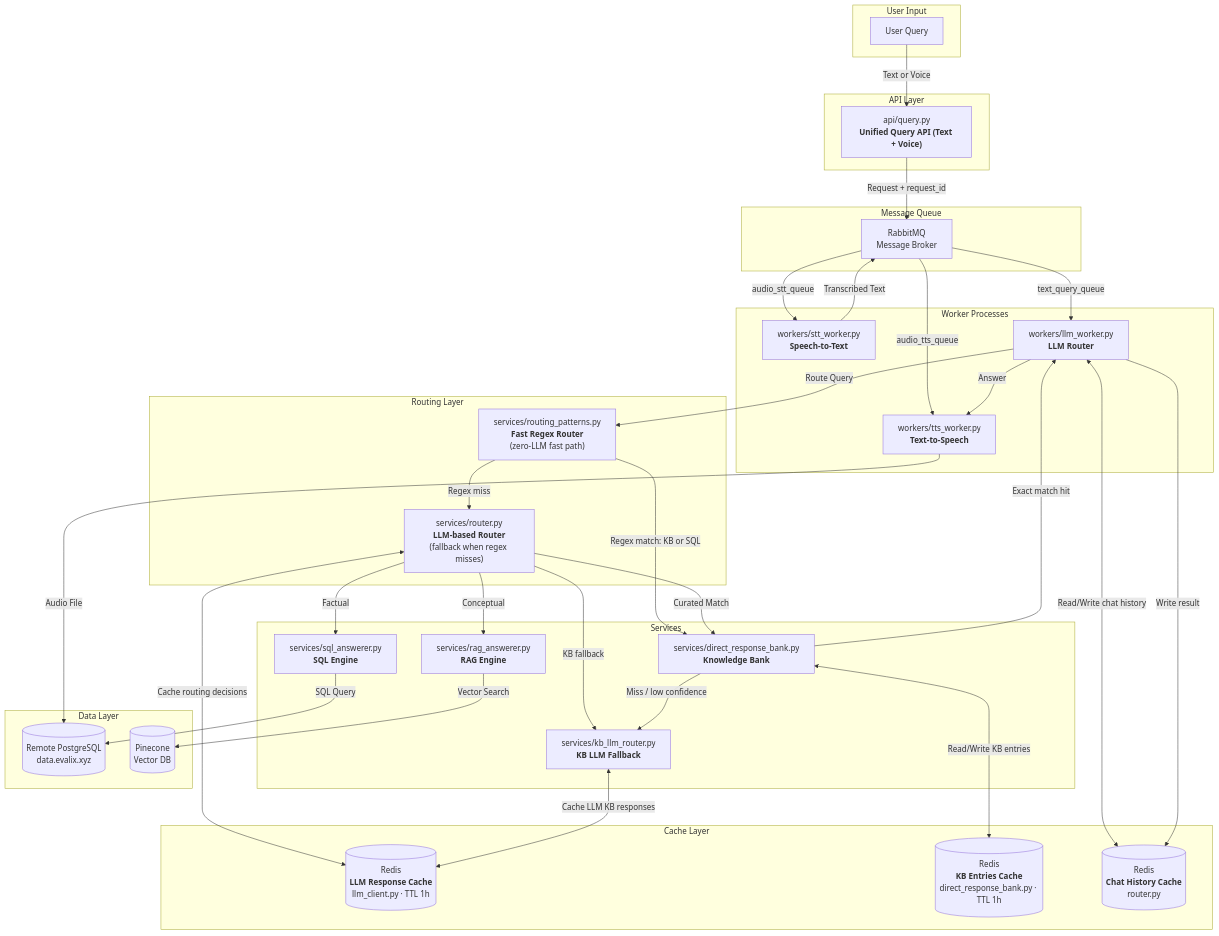
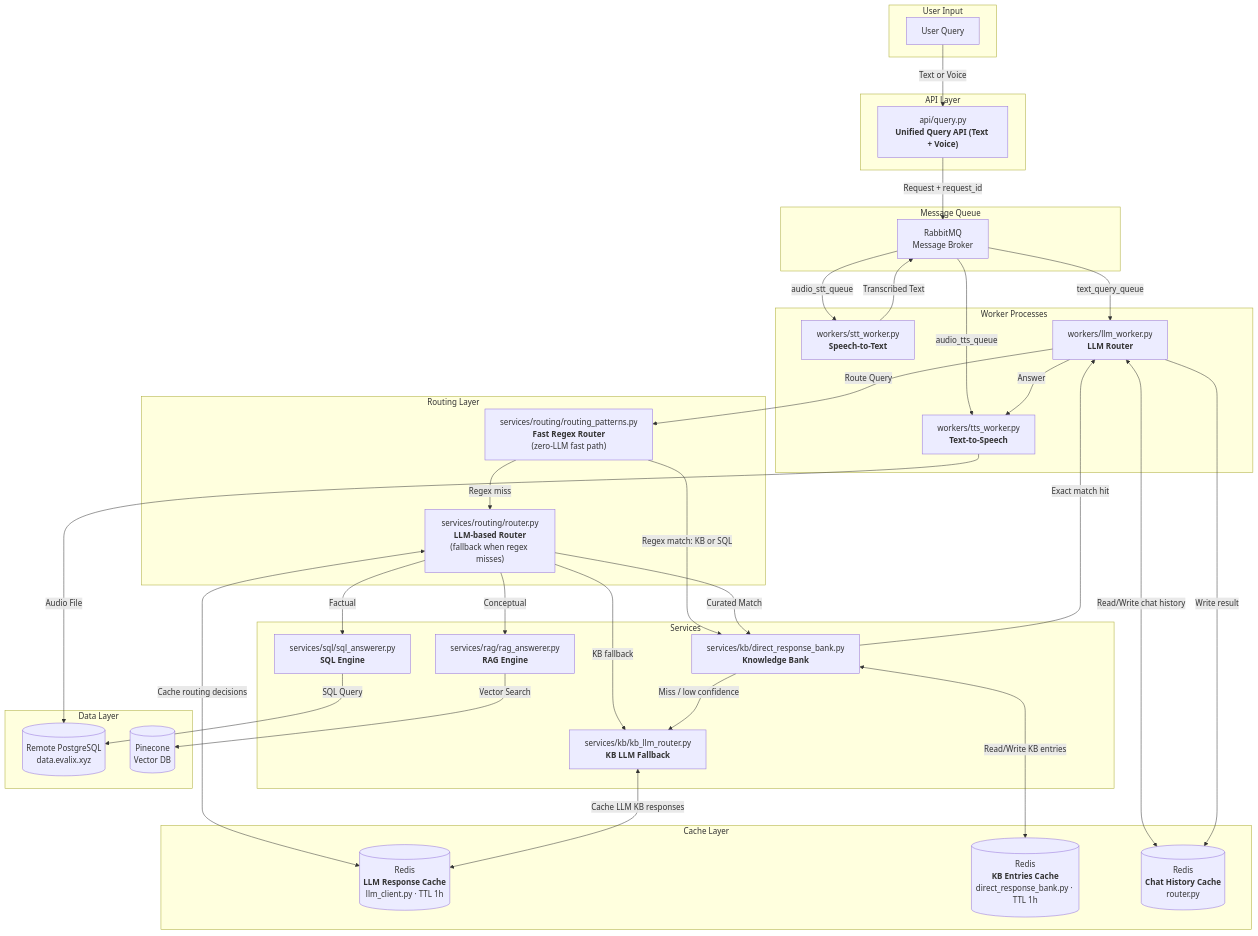
The first of 4 diagrams in README.md (theapprenticeproject/Ai), drawn with Mermaid before and after one commit. The commit also changed other lines of this file and 25 other files, not shown here.

````diff
--- a/README.md
+++ b/README.md
@@ -94,74 +94,74 @@
 ```mermaid
 graph TD
     subgraph "User Input"
         User[User Query]
     end
 
     subgraph "API Layer"
       QueryAPI["api/query.py<br><b>Unified Query API (Text + Voice)</b>"]
     end
 
     subgraph "Message Queue"
         RabbitMQ["RabbitMQ<br>Message Broker"]
     end
 
     subgraph "Worker Processes"
         STTWorker["workers/stt_worker.py<br><b>Speech-to-Text</b>"]
         LLMWorker["workers/llm_worker.py<br><b>LLM Router</b>"]
         TTSWorker["workers/tts_worker.py<br><b>Text-to-Speech</b>"]
     end
 
     subgraph "Routing Layer"
-        FastPath["services/routing_patterns.py<br><b>Fast Regex Router</b><br>(zero-LLM fast path)"]
-        Router["services/router.py<br><b>LLM-based Router</b><br>(fallback when regex misses)"]
+        FastPath["services/routing/routing_patterns.py<br><b>Fast Regex Router</b><br>(zero-LLM fast path)"]
+        Router["services/routing/router.py<br><b>LLM-based Router</b><br>(fallback when regex misses)"]
     end
 
     subgraph "Services"
-      KB["services/direct_response_bank.py<br><b>Knowledge Bank</b>"]
-        SQL["services/sql_answerer.py<br><b>SQL Engine</b>"]
-        RAG["services/rag_answerer.py<br><b>RAG Engine</b>"]
-      KBRouter["services/kb_llm_router.py<br><b>KB LLM Fallback</b>"]
+      KB["services/kb/direct_response_bank.py<br><b>Knowledge Bank</b>"]
+        SQL["services/sql/sql_answerer.py<br><b>SQL Engine</b>"]
+        RAG["services/rag/rag_answerer.py<br><b>RAG Engine</b>"]
+      KBRouter["services/kb/kb_llm_router.py<br><b>KB LLM Fallback</b>"]
     end
 
     subgraph "Cache Layer"
         RedisLLM[("Redis<br><b>LLM Response Cache</b><br>llm_client.py · TTL 1h")]
         RedisKB[("Redis<br><b>KB Entries Cache</b><br>direct_response_bank.py · TTL 1h")]
         RedisHistory[("Redis<br><b>Chat History Cache</b><br>router.py")]
     end
 
     subgraph "Data Layer"
       PostgresDB[(Remote PostgreSQL<br>data.evalix.xyz)]
         PineconeDB[(Pinecone<br>Vector DB)]
     end
 
     User -->|Text or Voice| QueryAPI
     QueryAPI -->|Request + request_id| RabbitMQ
 
     RabbitMQ -->|audio_stt_queue| STTWorker
     RabbitMQ -->|text_query_queue| LLMWorker
     RabbitMQ -->|audio_tts_queue| TTSWorker
 
     STTWorker -->|Transcribed Text| RabbitMQ
     LLMWorker -->|Route Query| FastPath
     FastPath -->|Regex match: KB or SQL| KB
     FastPath -->|Regex miss| Router
     Router <-->|Cache routing decisions| RedisLLM
     Router -->|Curated Match| KB
     Router -->|Factual| SQL
     Router -->|Conceptual| RAG
     Router -->|KB fallback| KBRouter
 
     KB <-->|Read/Write KB entries| RedisKB
     KB -->|Exact match hit| LLMWorker
     KB -->|Miss / low confidence| KBRouter
     KBRouter <-->|Cache LLM KB responses| RedisLLM
 
     LLMWorker <-->|Read/Write chat history| RedisHistory
 
     SQL -->|SQL Query| PostgresDB
     RAG -->|Vector Search| PineconeDB
 
     LLMWorker -->|Answer| TTSWorker
     TTSWorker -->|Audio File| PostgresDB
     LLMWorker -->|Write result| RedisHistory
 ```
````
